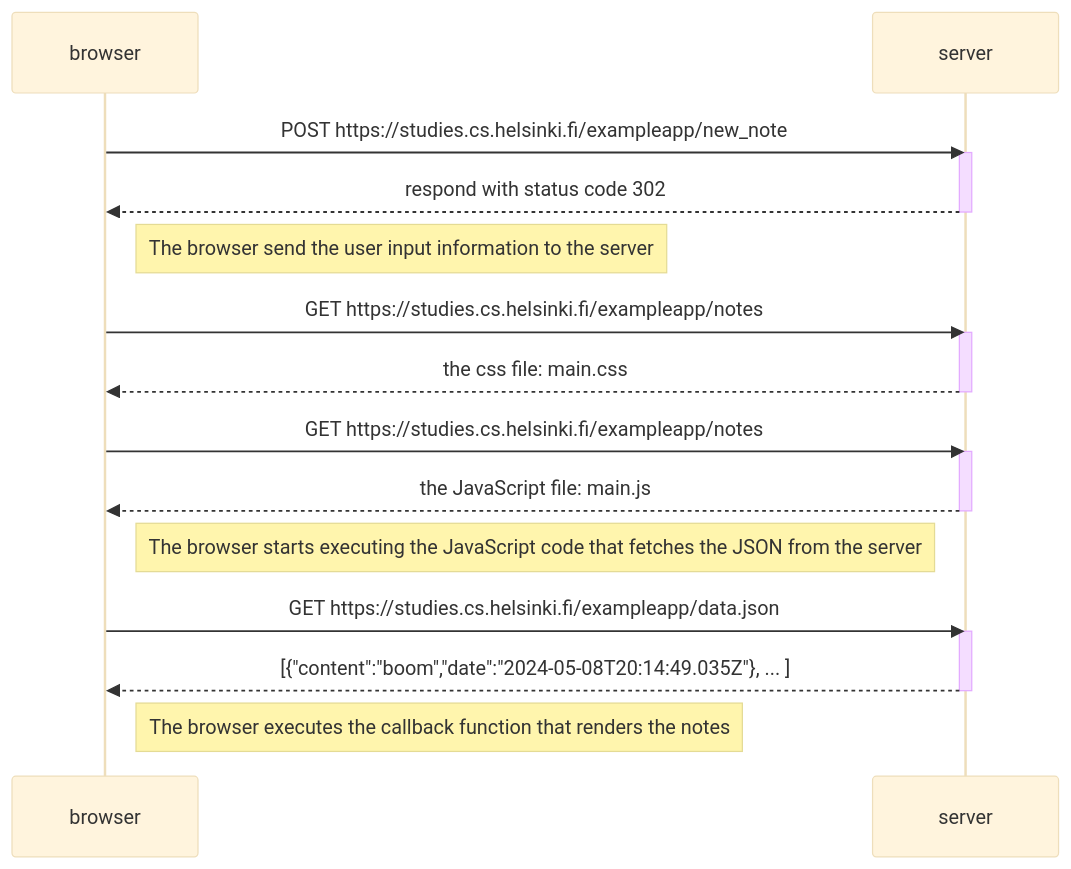
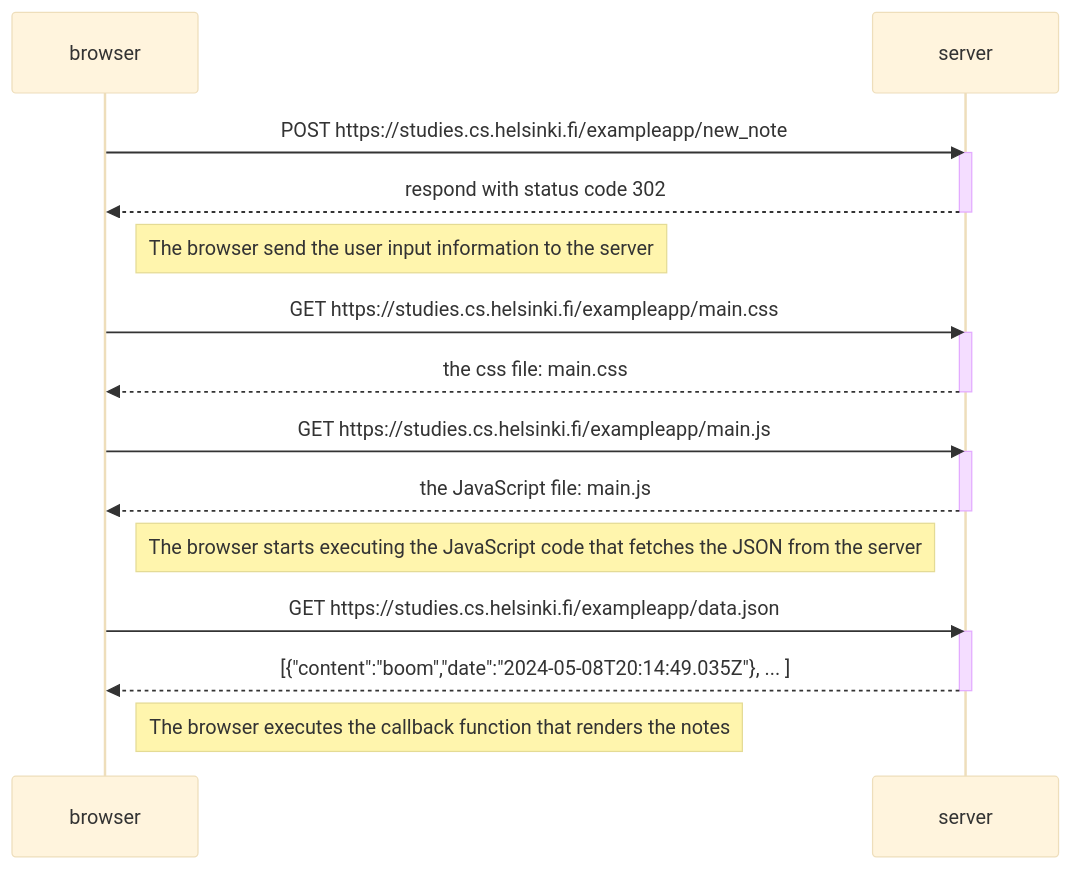
The diagram in Exercise0-4.md (VietNg2023/Fullstack), drawn with Mermaid (base theme) before and after one commit.

````diff
--- a/Exercise0-4.md
+++ b/Exercise0-4.md
@@ -1,31 +1,31 @@
 ```mermaid
 sequenceDiagram
     participant browser
     participant server
 
     browser->>server: POST https://studies.cs.helsinki.fi/exampleapp/new_note
     activate server
     server-->>browser: respond with status code 302
     deactivate server
 
     Note right of browser: The browser send the user input information to the server
 
-    browser->>server: GET https://studies.cs.helsinki.fi/exampleapp/notes
+    browser->>server: GET https://studies.cs.helsinki.fi/exampleapp/main.css
     activate server
     server-->>browser: the css file: main.css
     deactivate server
 
-    browser->>server: GET https://studies.cs.helsinki.fi/exampleapp/notes
+    browser->>server: GET https://studies.cs.helsinki.fi/exampleapp/main.js
     activate server
     server-->>browser: the JavaScript file: main.js
     deactivate server
 
     Note right of browser: The browser starts executing the JavaScript code that fetches the JSON from the server
 
     browser->>server: GET https://studies.cs.helsinki.fi/exampleapp/data.json
     activate server
     server-->>browser: [{"content":"boom","date":"2024-05-08T20:14:49.035Z"}, ... ]
     deactivate server
 
     Note right of browser: The browser executes the callback function that renders the notes
 ```
````
